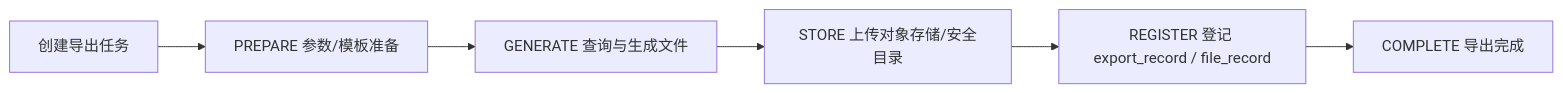
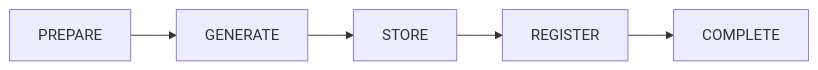
The third of 8 diagrams in docs/design/file-pipeline-design.md (pinpols/file-batch-system), drawn with Mermaid before and after one commit. The commit also changed other lines of this file and 5032 other files, not shown here.

````diff
--- a/docs/design/file-pipeline-design.md
+++ b/docs/design/file-pipeline-design.md
@@ -473,8 +485,8 @@
 ```mermaid
+%%{init: {"flowchart":{"curve":"linear","nodeSpacing":32,"rankSpacing":48},"sequence":{"mirrorActors":false}}}%%
 flowchart LR
-    A[创建导出任务] --> B[PREPARE 参数/模板准备]
-    B --> C[GENERATE 查询与生成文件]
-    C --> D[STORE 上传对象存储/安全目录]
-    D --> E[REGISTER 登记 export_record / file_record]
-    E --> F[COMPLETE 导出完成]
+  P[PREPARE] --> G[GENERATE]
+  G --> S[STORE]
+  S --> R[REGISTER]
+  R --> C[COMPLETE]
 ```
````
